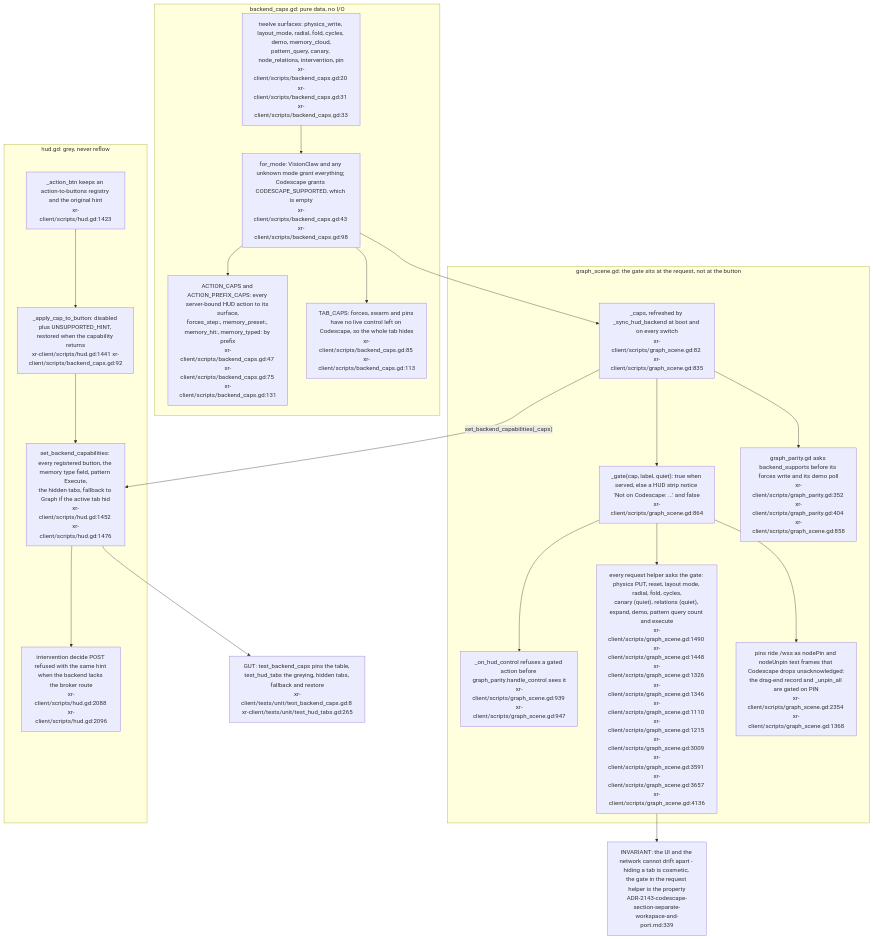
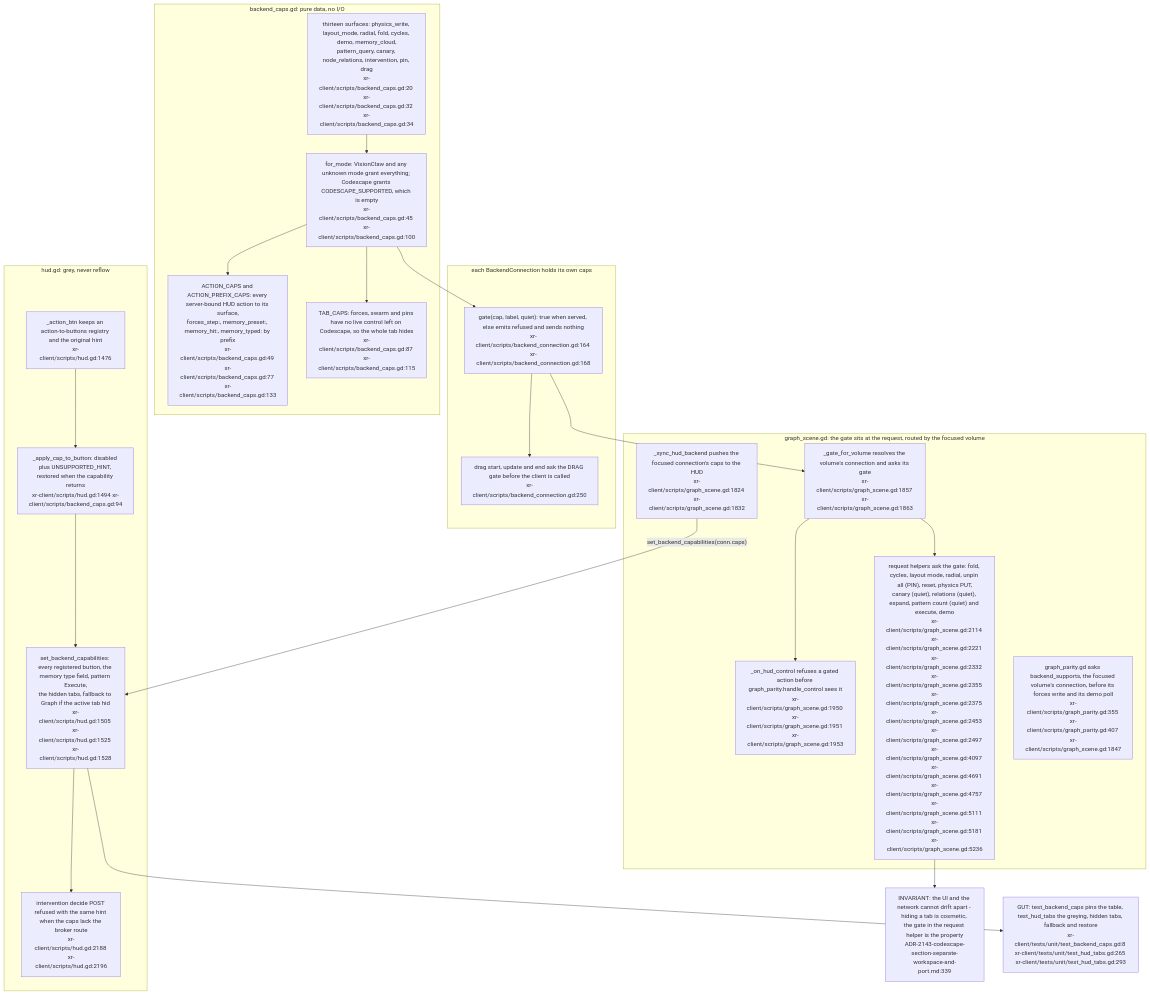
One commit to DreamLab-AI/VisionFlow changed the first of 3 diagrams in docs/diagrams/visionclaw/40-xr-two-backends-capability-gating.md. Above: the diagram before and after it, drawn with Mermaid. The commit also changed other lines of this file and 173 other files, not shown here.

First line of the commit message:
docs(audit): estate audit wave 3, agentbox and VisionClaw; ledger complete

````diff
--- a/docs/diagrams/visionclaw/40-xr-two-backends-capability-gating.md
+++ b/docs/diagrams/visionclaw/40-xr-two-backends-capability-gating.md
@@ -33,38 +37,41 @@
 ```mermaid
 flowchart TB
     subgraph TABLE["backend_caps.gd: pure data, no I/O"]
-        KEYS["twelve surfaces: physics_write, layout_mode, radial, fold, cycles, demo, memory_cloud,<br/>pattern_query, canary, node_relations, intervention, pin<br/>xr-client/scripts/backend_caps.gd:20 xr-client/scripts/backend_caps.gd:31 xr-client/scripts/backend_caps.gd:33"]
-        MODE["for_mode: VisionClaw and any unknown mode grant everything; Codescape grants CODESCAPE_SUPPORTED, which is empty<br/>xr-client/scripts/backend_caps.gd:43 xr-client/scripts/backend_caps.gd:98"]
-        AMAP["ACTION_CAPS and ACTION_PREFIX_CAPS: every server-bound HUD action to its surface,<br/>forces_step:, memory_preset:, memory_hit:, memory_typed: by prefix<br/>xr-client/scripts/backend_caps.gd:47 xr-client/scripts/backend_caps.gd:75 xr-client/scripts/backend_caps.gd:131"]
-        TMAP["TAB_CAPS: forces, swarm and pins have no live control left on Codescape, so the whole tab hides<br/>xr-client/scripts/backend_caps.gd:85 xr-client/scripts/backend_caps.gd:113"]
+        KEYS["thirteen surfaces: physics_write, layout_mode, radial, fold, cycles, demo, memory_cloud,<br/>pattern_query, canary, node_relations, intervention, pin, drag<br/>xr-client/scripts/backend_caps.gd:20 xr-client/scripts/backend_caps.gd:32 xr-client/scripts/backend_caps.gd:34"]
+        MODE["for_mode: VisionClaw and any unknown mode grant everything; Codescape grants CODESCAPE_SUPPORTED, which is empty<br/>xr-client/scripts/backend_caps.gd:45 xr-client/scripts/backend_caps.gd:100"]
+        AMAP["ACTION_CAPS and ACTION_PREFIX_CAPS: every server-bound HUD action to its surface,<br/>forces_step:, memory_preset:, memory_hit:, memory_typed: by prefix<br/>xr-client/scripts/backend_caps.gd:49 xr-client/scripts/backend_caps.gd:77 xr-client/scripts/backend_caps.gd:133"]
+        TMAP["TAB_CAPS: forces, swarm and pins have no live control left on Codescape, so the whole tab hides<br/>xr-client/scripts/backend_caps.gd:87 xr-client/scripts/backend_caps.gd:115"]
         KEYS --> MODE
         MODE --> AMAP
         MODE --> TMAP
     end
-    subgraph SCENE["graph_scene.gd: the gate sits at the request, not at the button"]
-        CAPS["_caps, refreshed by _sync_hud_backend at boot and on every switch<br/>xr-client/scripts/graph_scene.gd:82 xr-client/scripts/graph_scene.gd:835"]
-        GATE["_gate(cap, label, quiet): true when served, else a HUD strip notice 'Not on Codescape: ...' and false<br/>xr-client/scripts/graph_scene.gd:864"]
-        CTRL["_on_hud_control refuses a gated action before graph_parity.handle_control sees it<br/>xr-client/scripts/graph_scene.gd:939 xr-client/scripts/graph_scene.gd:947"]
-        REQ["every request helper asks the gate: physics PUT, reset, layout mode, radial, fold, cycles,<br/>canary (quiet), relations (quiet), expand, demo, pattern query count and execute<br/>xr-client/scripts/graph_scene.gd:1490 xr-client/scripts/graph_scene.gd:1448 xr-client/scripts/graph_scene.gd:1326 xr-client/scripts/graph_scene.gd:1346 xr-client/scripts/graph_scene.gd:1110 xr-client/scripts/graph_scene.gd:1215 xr-client/scripts/graph_scene.gd:3009 xr-client/scripts/graph_scene.gd:3591 xr-client/scripts/graph_scene.gd:3657 xr-client/scripts/graph_scene.gd:4136"]
-        PINS["pins ride /wss as nodePin and nodeUnpin text frames that Codescape drops unacknowledged:<br/>the drag-end record and _unpin_all are gated on PIN<br/>xr-client/scripts/graph_scene.gd:2354 xr-client/scripts/graph_scene.gd:1368"]
-        PAR["graph_parity.gd asks backend_supports before its forces write and its demo poll<br/>xr-client/scripts/graph_parity.gd:352 xr-client/scripts/graph_parity.gd:404 xr-client/scripts/graph_scene.gd:858"]
-        CAPS --> GATE --> CTRL
+    subgraph CONN["each BackendConnection holds its own caps"]
+        CGATE["gate(cap, label, quiet): true when served, else emits refused and sends nothing<br/>xr-client/scripts/backend_connection.gd:164 xr-client/scripts/backend_connection.gd:168"]
+        DRAG["drag start, update and end ask the DRAG gate before the client is called<br/>xr-client/scripts/backend_connection.gd:250"]
+    end
+    subgraph SCENE["graph_scene.gd: the gate sits at the request, routed by the focused volume"]
+        GATE["_gate_for_volume resolves the volume's connection and asks its gate<br/>xr-client/scripts/graph_scene.gd:1857 xr-client/scripts/graph_scene.gd:1863"]
+        CTRL["_on_hud_control refuses a gated action before graph_parity.handle_control sees it<br/>xr-client/scripts/graph_scene.gd:1950 xr-client/scripts/graph_scene.gd:1951 xr-client/scripts/graph_scene.gd:1953"]
+        REQ["request helpers ask the gate: fold, cycles, layout mode, radial, unpin all (PIN), reset, physics PUT,<br/>canary (quiet), relations (quiet), expand, pattern count (quiet) and execute, demo<br/>xr-client/scripts/graph_scene.gd:2114 xr-client/scripts/graph_scene.gd:2221 xr-client/scripts/graph_scene.gd:2332 xr-client/scripts/graph_scene.gd:2355 xr-client/scripts/graph_scene.gd:2375 xr-client/scripts/graph_scene.gd:2453 xr-client/scripts/graph_scene.gd:2497 xr-client/scripts/graph_scene.gd:4097 xr-client/scripts/graph_scene.gd:4691 xr-client/scripts/graph_scene.gd:4757 xr-client/scripts/graph_scene.gd:5111 xr-client/scripts/graph_scene.gd:5181 xr-client/scripts/graph_scene.gd:5236"]
+        PAR["graph_parity.gd asks backend_supports, the focused volume's connection, before its forces write and its demo poll<br/>xr-client/scripts/graph_parity.gd:355 xr-client/scripts/graph_parity.gd:407 xr-client/scripts/graph_scene.gd:1847"]
+        SYNC["_sync_hud_backend pushes the focused connection's caps to the HUD<br/>xr-client/scripts/graph_scene.gd:1824 xr-client/scripts/graph_scene.gd:1832"]
+        GATE --> CTRL
         GATE --> REQ
-        GATE --> PINS
-        CAPS --> PAR
     end
     subgraph HUD["hud.gd: grey, never reflow"]
-        REG["_action_btn keeps an action-to-buttons registry and the original hint<br/>xr-client/scripts/hud.gd:1423"]
-        APPLY["_apply_cap_to_button: disabled plus UNSUPPORTED_HINT, restored when the capability returns<br/>xr-client/scripts/hud.gd:1441 xr-client/scripts/backend_caps.gd:92"]
-        SET["set_backend_capabilities: every registered button, the memory type field, pattern Execute,<br/>the hidden tabs, fallback to Graph if the active tab hid<br/>xr-client/scripts/hud.gd:1452 xr-client/scripts/hud.gd:1476"]
-        DEC["intervention decide POST refused with the same hint when the backend lacks the broker route<br/>xr-client/scripts/hud.gd:2088 xr-client/scripts/hud.gd:2096"]
+        REG["_action_btn keeps an action-to-buttons registry and the original hint<br/>xr-client/scripts/hud.gd:1476"]
+        APPLY["_apply_cap_to_button: disabled plus UNSUPPORTED_HINT, restored when the capability returns<br/>xr-client/scripts/hud.gd:1494 xr-client/scripts/backend_caps.gd:94"]
+        SET["set_backend_capabilities: every registered button, the memory type field, pattern Execute,<br/>the hidden tabs, fallback to Graph if the active tab hid<br/>xr-client/scripts/hud.gd:1505 xr-client/scripts/hud.gd:1525 xr-client/scripts/hud.gd:1528"]
+        DEC["intervention decide POST refused with the same hint when the caps lack the broker route<br/>xr-client/scripts/hud.gd:2188 xr-client/scripts/hud.gd:2196"]
         REG --> APPLY --> SET
         SET --> DEC
     end
-    MODE --> CAPS
-    CAPS -->|"set_backend_capabilities(_caps)"| SET
+    MODE --> CGATE
+    CGATE --> GATE
+    CGATE --> DRAG
+    SYNC -->|"set_backend_capabilities(conn.caps)"| SET
     INV["INVARIANT: the UI and the network cannot drift apart - hiding a tab is cosmetic, the gate in the request helper is the property<br/>ADR-2143-codescape-section-separate-workspace-and-port.md:339"]
-    T1["GUT: test_backend_caps pins the table, test_hud_tabs the greying, hidden tabs, fallback and restore<br/>xr-client/tests/unit/test_backend_caps.gd:8 xr-client/tests/unit/test_hud_tabs.gd:265"]
+    T1["GUT: test_backend_caps pins the table, test_hud_tabs the greying, hidden tabs, fallback and restore<br/>xr-client/tests/unit/test_backend_caps.gd:8 xr-client/tests/unit/test_hud_tabs.gd:265 xr-client/tests/unit/test_hud_tabs.gd:293"]
     REQ --> INV
     SET --> T1
 ```
````
